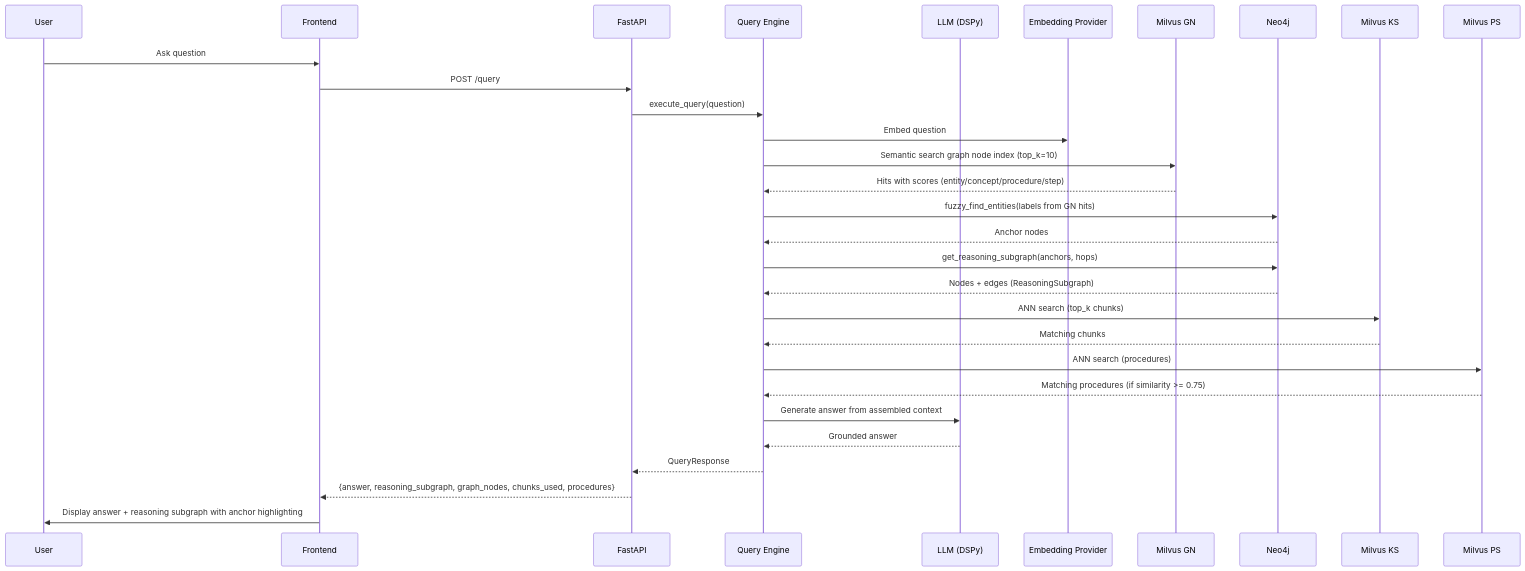
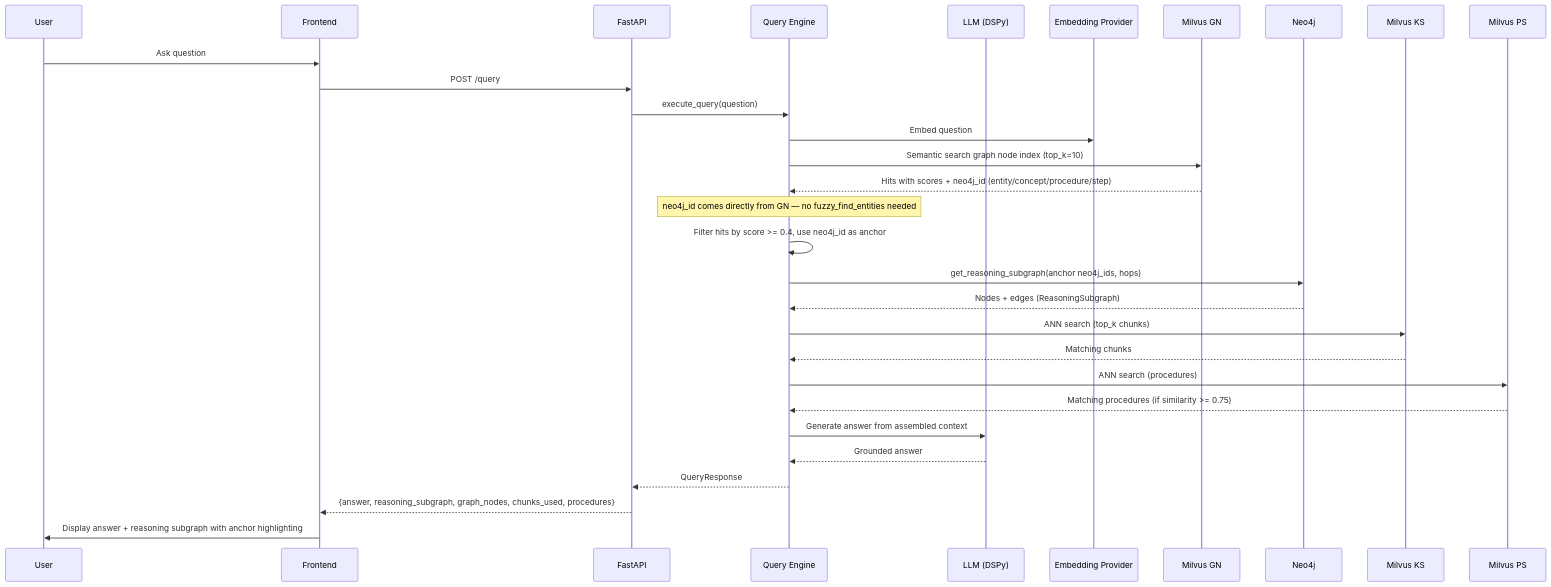
One commit to rashwin88/trident-demo changed the second of 3 diagrams in docs/architecture.md. Above: the diagram before and after it, drawn with Mermaid. The commit also changed other lines of this file and 50 other files, not shown here.

````diff
--- a/docs/architecture.md
+++ b/docs/architecture.md
@@ -96,40 +128,40 @@
 ```mermaid
 sequenceDiagram
     participant U as User
     participant FE as Frontend
     participant API as FastAPI
     participant QE as Query Engine
     participant LLM as LLM (DSPy)
     participant EMB as Embedding Provider
     participant GN as Milvus GN
     participant G as Neo4j
     participant KS as Milvus KS
     participant PS as Milvus PS
 
     U->>FE: Ask question
     FE->>API: POST /query
     API->>QE: execute_query(question)
 
     QE->>EMB: Embed question
     QE->>GN: Semantic search graph node index (top_k=10)
-    GN-->>QE: Hits with scores (entity/concept/procedure/step)
+    GN-->>QE: Hits with scores + neo4j_id (entity/concept/procedure/step)
 
-    QE->>G: fuzzy_find_entities(labels from GN hits)
-    G-->>QE: Anchor nodes
+    Note over QE: neo4j_id comes directly from GN — no fuzzy_find_entities needed
+    QE->>QE: Filter hits by score >= 0.4, use neo4j_id as anchor
 
-    QE->>G: get_reasoning_subgraph(anchors, hops)
+    QE->>G: get_reasoning_subgraph(anchor neo4j_ids, hops)
     G-->>QE: Nodes + edges (ReasoningSubgraph)
 
     QE->>KS: ANN search (top_k chunks)
     KS-->>QE: Matching chunks
 
     QE->>PS: ANN search (procedures)
     PS-->>QE: Matching procedures (if similarity >= 0.75)
 
     QE->>LLM: Generate answer from assembled context
     LLM-->>QE: Grounded answer
 
     QE-->>API: QueryResponse
     API-->>FE: {answer, reasoning_subgraph, graph_nodes, chunks_used, procedures}
     FE->>U: Display answer + reasoning subgraph with anchor highlighting
 ```
````
